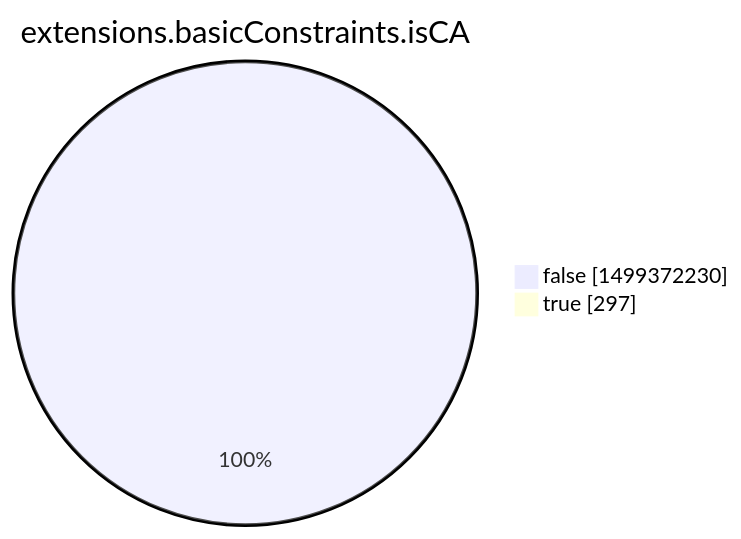
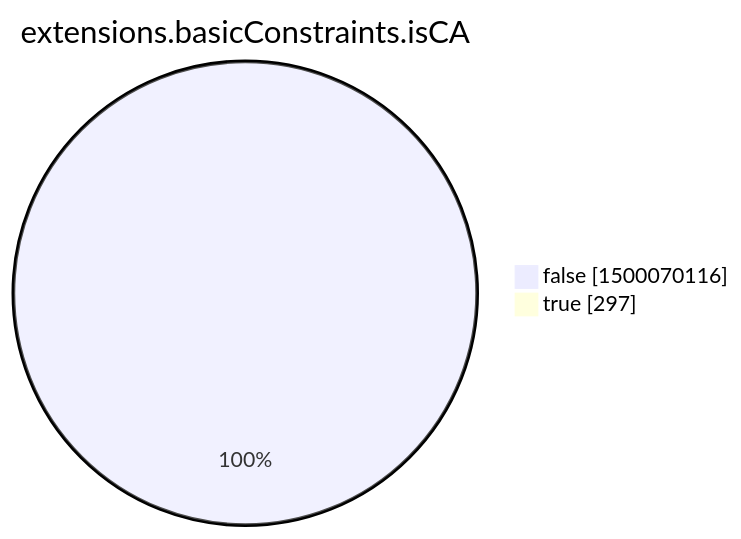
The eighth of 15 diagrams in argon2022/README.md (christiankrug/ctmonitor_visualization), drawn with Mermaid before and after one commit. The commit also changed other lines of this file, not shown here.

````diff
--- a/argon2022/README.md
+++ b/argon2022/README.md
@@ -2760,6 +2760,6 @@
 ```mermaid
 pie showData
 title extensions.basicConstraints.isCA
-"false" :1499372230
+"false" :1500070116
 "true" :297
 ```
````
